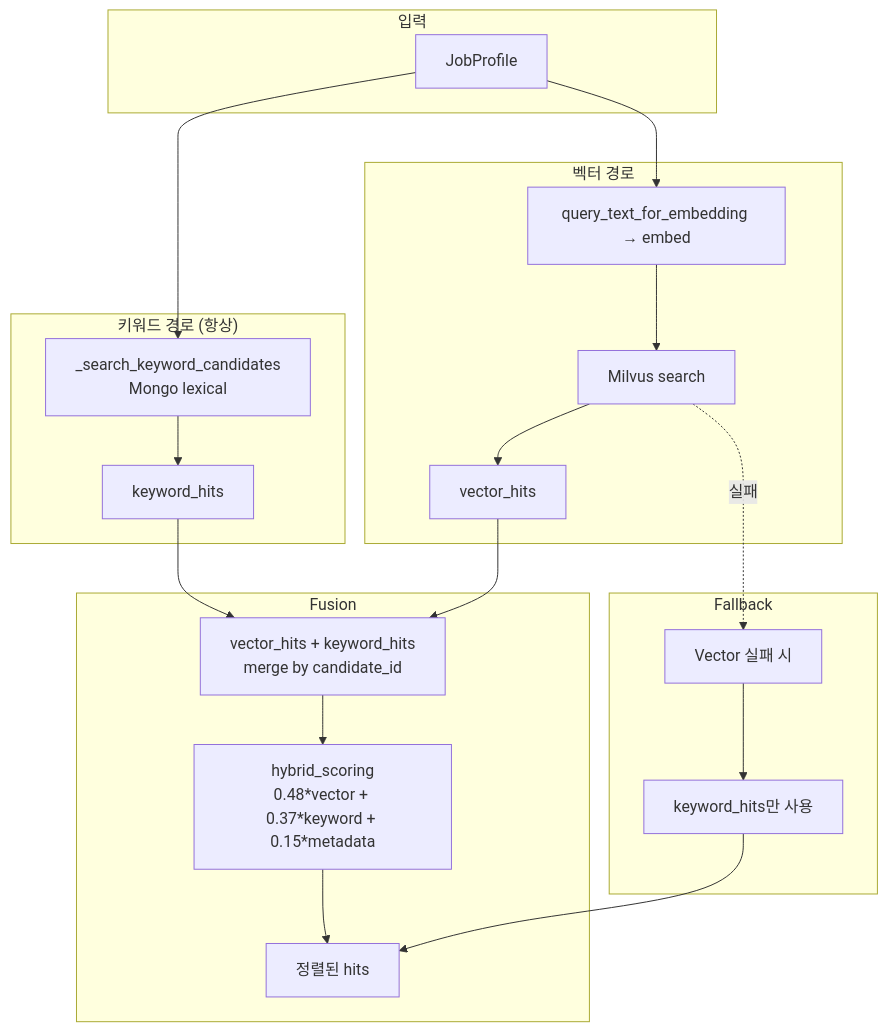
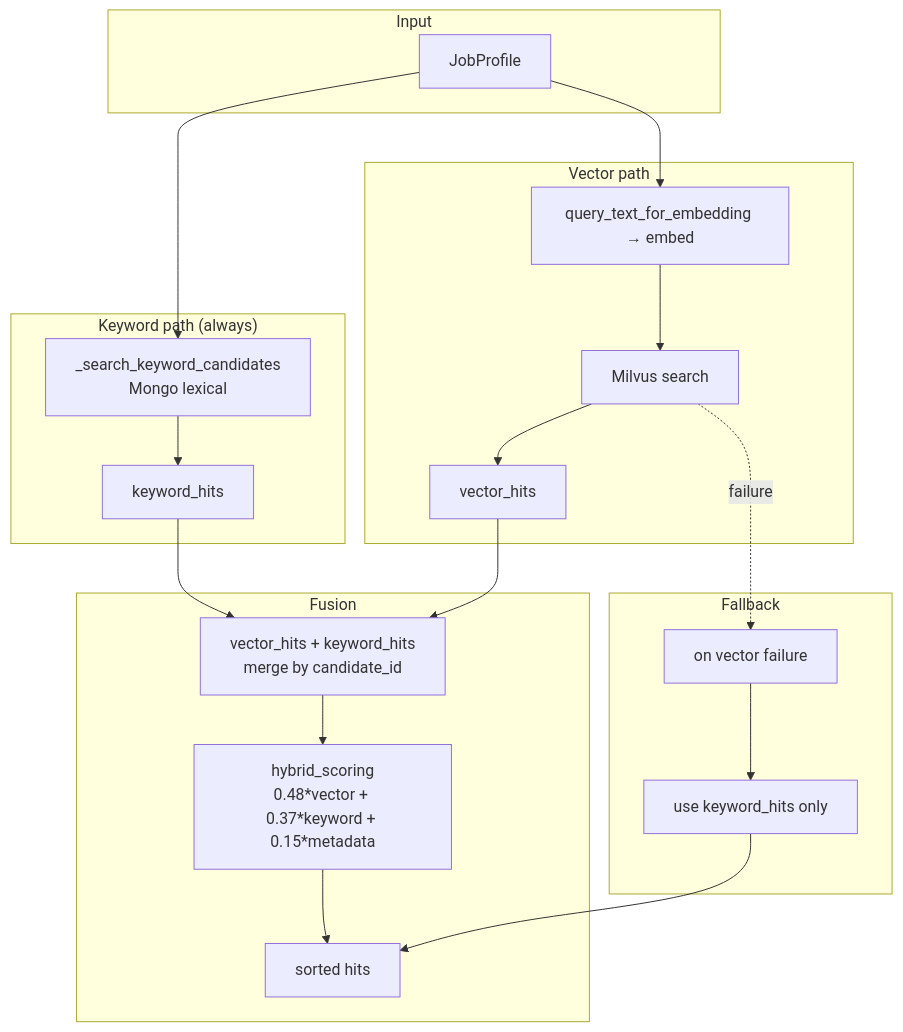
The third of 7 diagrams in docs/guides/codebase-core-flows.md (rhsoddld/resume-matching-pj), drawn with Mermaid before and after one commit. The commit also changed other lines of this file and 40 other files, not shown here.

````diff
--- a/docs/guides/codebase-core-flows.md
+++ b/docs/guides/codebase-core-flows.md
@@ -220,35 +220,35 @@
 ```mermaid
 flowchart TB
-  subgraph IN["입력"]
+  subgraph IN["Input"]
     J["JobProfile"]
   end
 
-  subgraph KEY["키워드 경로 (항상)"]
+  subgraph KEY["Keyword path (always)"]
     K["_search_keyword_candidates\nMongo lexical"]
     K --> K1["keyword_hits"]
   end
 
-  subgraph VEC["벡터 경로"]
+  subgraph VEC["Vector path"]
     V1["query_text_for_embedding → embed"]
     V1 --> V2["Milvus search"]
     V2 --> V3["vector_hits"]
   end
 
   subgraph FUSION["Fusion"]
     F1["vector_hits + keyword_hits\nmerge by candidate_id"]
     F1 --> F2["hybrid_scoring\n0.48*vector + 0.37*keyword + 0.15*metadata"]
-    F2 --> F3["정렬된 hits"]
+    F2 --> F3["sorted hits"]
   end
 
   subgraph FALLBACK["Fallback"]
-    E1["Vector 실패 시"]
-    E1 --> E2["keyword_hits만 사용"]
+    E1["on vector failure"]
+    E1 --> E2["use keyword_hits only"]
   end
 
   J --> K
   J --> V1
   K1 --> F1
   V3 --> F1
-  V2 -.->|실패| E1
+  V2 -.->|failure| E1
   E2 --> F3
 ```
````
